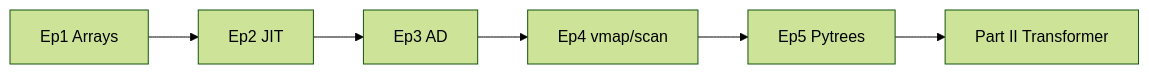
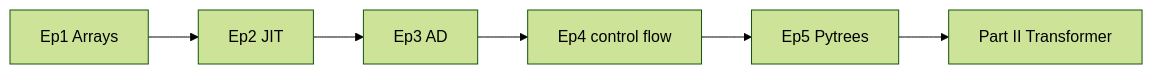
One commit to aghilanai/jax-course changed the diagram in syllabus.md. Above: the diagram before and after it, drawn with Mermaid (forest theme). The commit also changed other lines of this file and 12 other files, not shown here.

````diff
--- a/syllabus.md
+++ b/syllabus.md
@@ -197,8 +203,8 @@
 ```mermaid
 flowchart LR
     E1[Ep1 Arrays] --> E2[Ep2 JIT]
     E2 --> E3[Ep3 AD]
-    E3 --> E4[Ep4 vmap/scan]
+    E3 --> E4[Ep4 control flow]
     E4 --> E5[Ep5 Pytrees]
     E5 --> P2[Part II Transformer]
 ```
````
